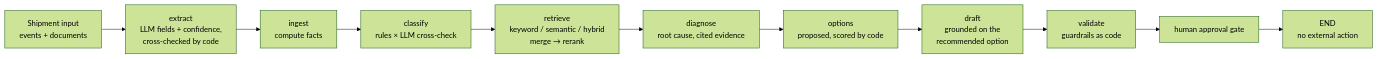
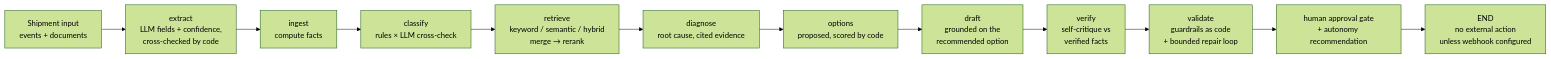
Before and after one commit to tridaai/blueprint-logistics-shipment-exception: the diagram in README.md, drawn with Mermaid (forest theme). The commit also changed other lines of this file and 4 other files, not shown here.

First line of the commit message:
Document the new engine: intake contract, verification, repair, memory, autonomy, routing

````diff
--- a/README.md
+++ b/README.md
@@ -344,13 +463,14 @@
 ```mermaid
 flowchart LR
     A[Shipment input<br/>events + documents] --> X[extract<br/>LLM fields + confidence,<br/>cross-checked by code]
     X --> B[ingest<br/>compute facts]
     B --> C[classify<br/>rules × LLM cross-check]
     C --> D[retrieve<br/>keyword / semantic / hybrid<br/>merge → rerank]
     D --> DG[diagnose<br/>root cause, cited evidence]
     DG --> O[options<br/>proposed, scored by code]
     O --> E[draft<br/>grounded on the<br/>recommended option]
-    E --> F[validate<br/>guardrails as code]
-    F --> G[human approval gate]
-    G --> H[END<br/>no external action]
+    E --> V[verify<br/>self-critique vs<br/>verified facts]
+    V --> F[validate<br/>guardrails as code<br/>+ bounded repair loop]
+    F --> G[human approval gate<br/>+ autonomy recommendation]
+    G --> H[END<br/>no external action<br/>unless webhook configured]
 ```
````
